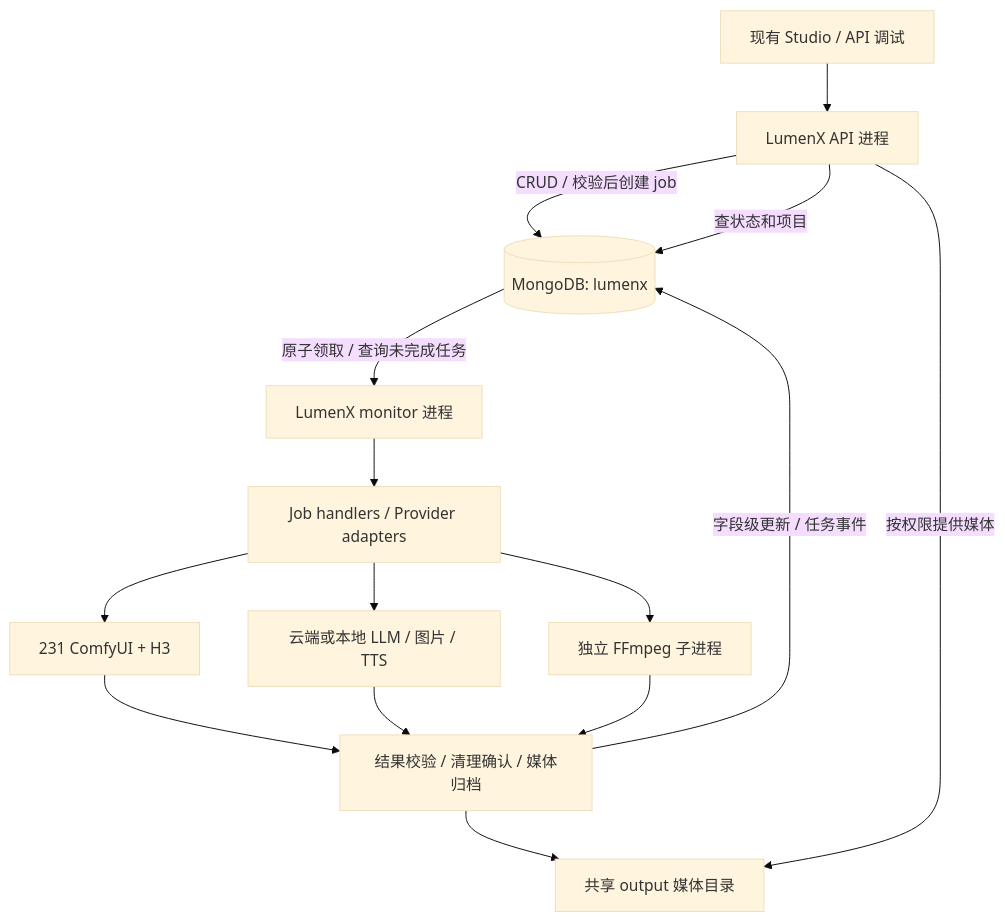
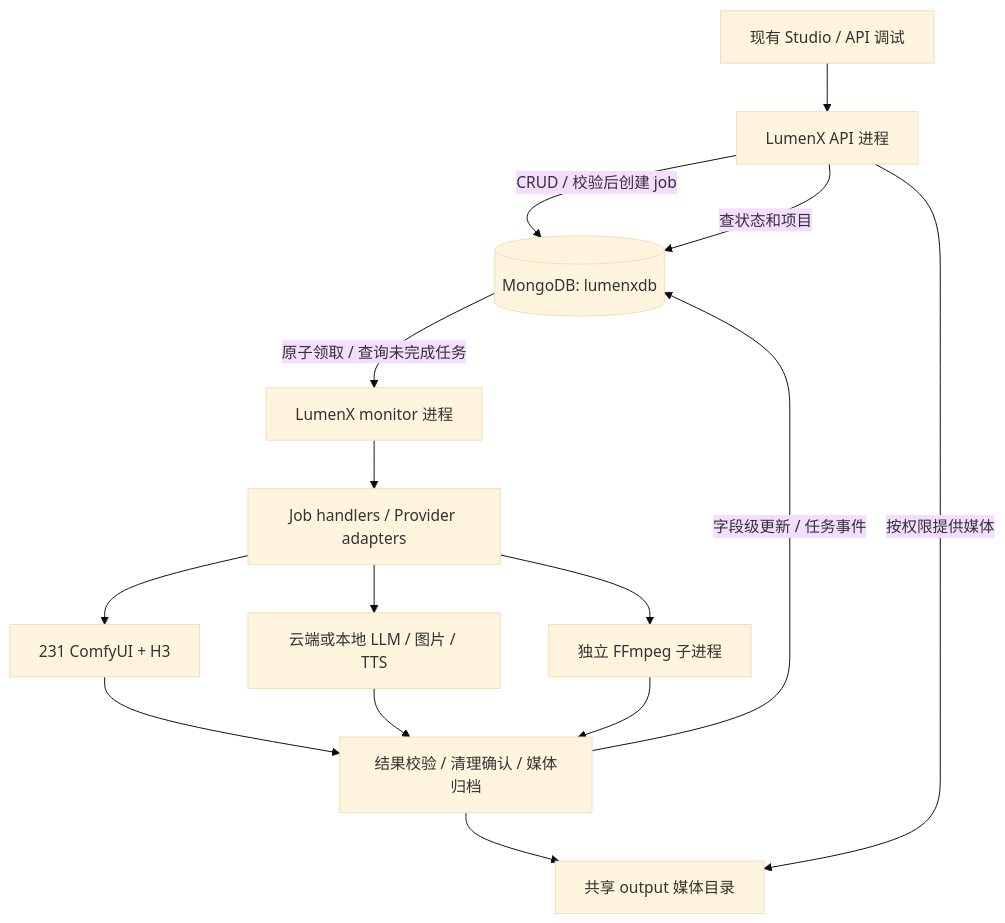
The third of 3 diagrams in docs/agents/deliverables/2026-10-13-后端差距评估与三周实施计划.md (perfectbullet/lumenx), drawn with Mermaid (base theme) before and after one commit. The commit also changed other lines of this file and 3 other files, not shown here.

````diff
--- a/docs/agents/deliverables/2026-10-13-后端差距评估与三周实施计划.md
+++ b/docs/agents/deliverables/2026-10-13-后端差距评估与三周实施计划.md
@@ -198,17 +201,17 @@
 ```mermaid
 flowchart TD
     U[现有 Studio / API 调试] --> API[LumenX API 进程]
-    API -->|CRUD / 校验后创建 job| DB[(MongoDB: lumenx)]
+    API -->|CRUD / 校验后创建 job| DB[(MongoDB: lumenxdb)]
     DB -->|原子领取 / 查询未完成任务| MON[LumenX monitor 进程]
     MON --> REG[Job handlers / Provider adapters]
     REG --> H3[231 ComfyUI + H3]
     REG --> OTHER[云端或本地 LLM / 图片 / TTS]
     REG --> FF[独立 FFmpeg 子进程]
     H3 --> SAVE[结果校验 / 清理确认 / 媒体归档]
     OTHER --> SAVE
     FF --> SAVE
     SAVE --> MEDIA[共享 output 媒体目录]
     SAVE -->|字段级更新 / 任务事件| DB
     API -->|查状态和项目| DB
     API -->|按权限提供媒体| MEDIA
 ```
````
